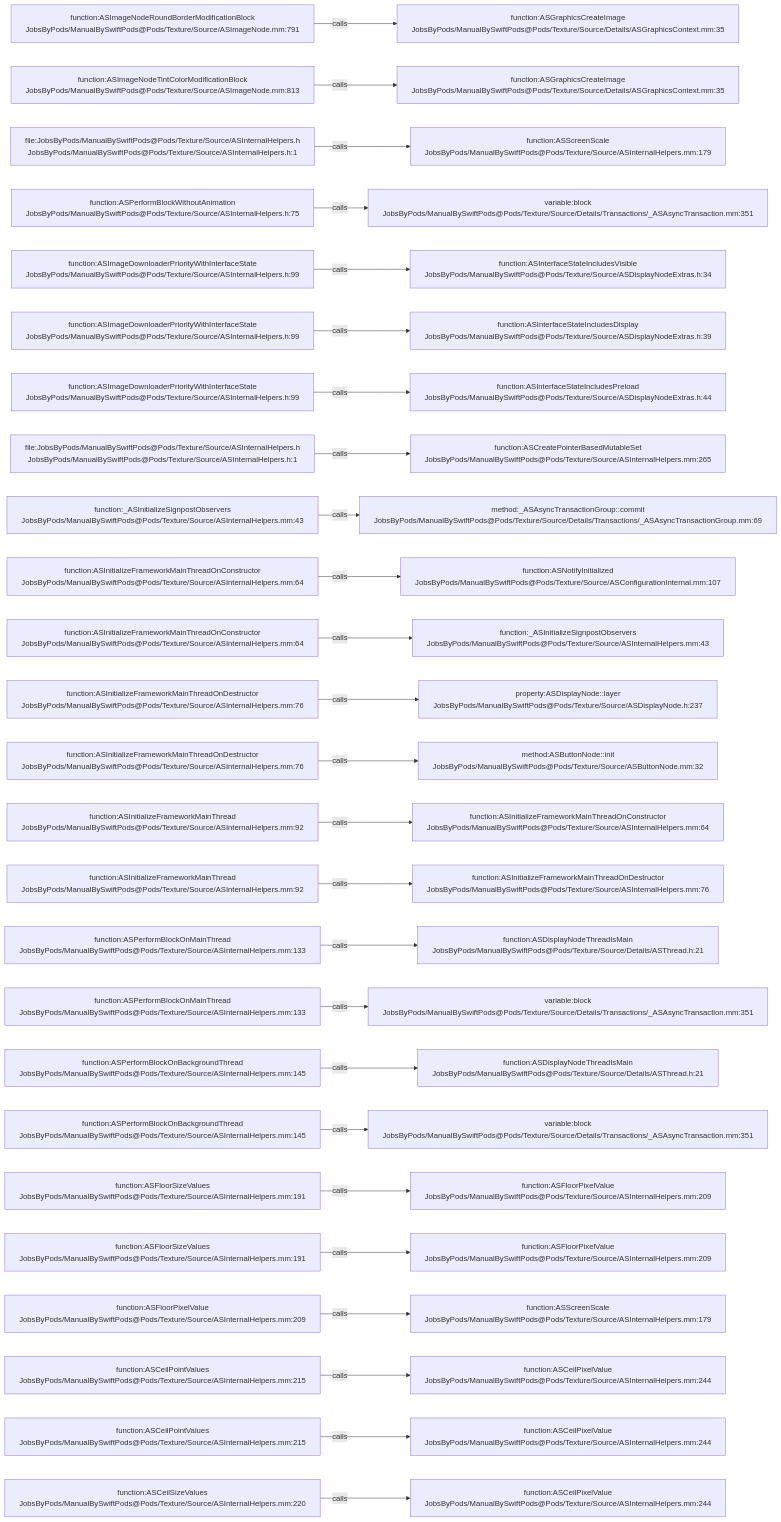
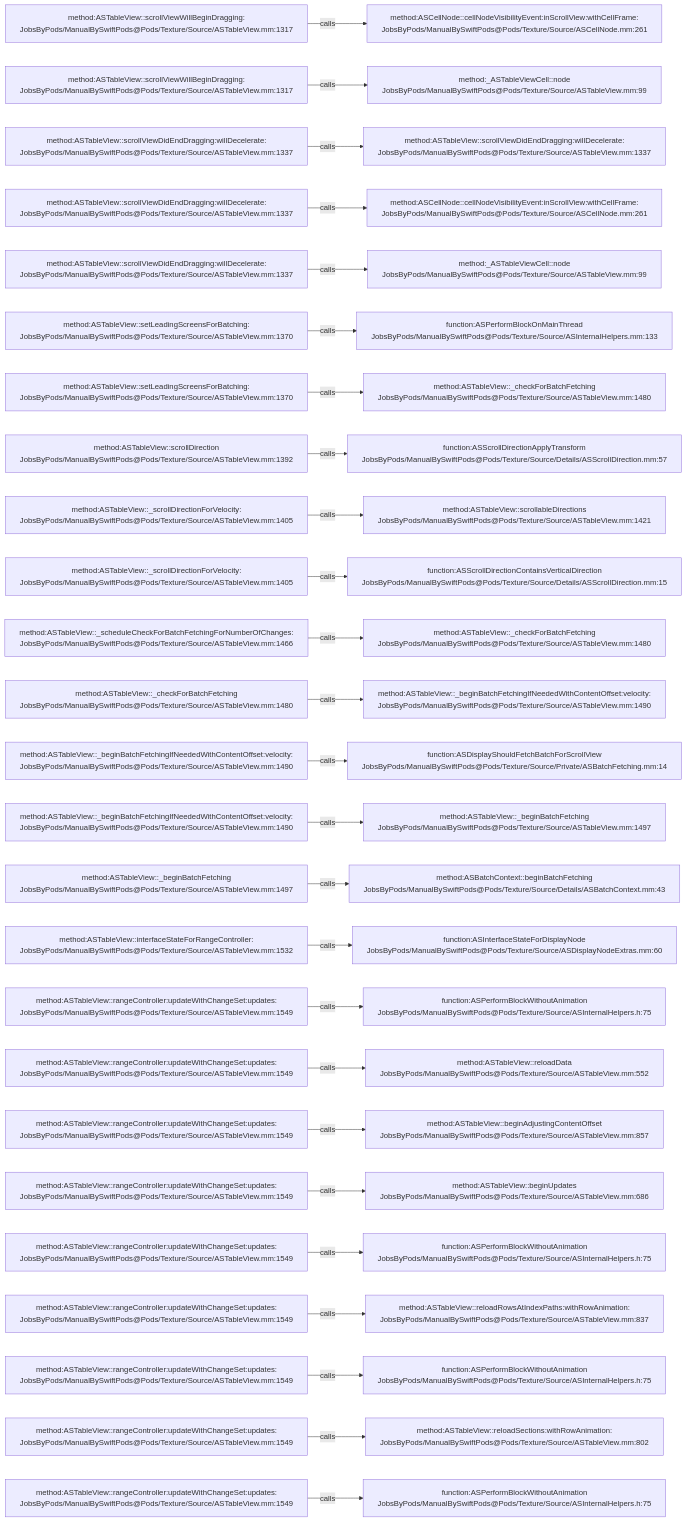
Before and after one commit to JobsKits/JobsSwiftBaseConfigDemo: the diagram in .codegraph/codegraph.md/graphs/calls-062.md, drawn with Mermaid. The commit also changed 832 other files, not shown here.

````diff
--- a/.codegraph/codegraph.md/graphs/calls-062.md
+++ b/.codegraph/codegraph.md/graphs/calls-062.md
@@ -13,78 +13,78 @@
 ```mermaid
 flowchart LR
-  S1["function:ASImageNodeRoundBorderModificationBlock<br/>JobsByPods/ManualBySwiftPods@Pods/Texture/Source/ASImageNode.mm:791"]
-  T1["function:ASGraphicsCreateImage<br/>JobsByPods/ManualBySwiftPods@Pods/Texture/Source/Details/ASGraphicsContext.mm:35"]
+  S1["method:ASTableView::scrollViewWillBeginDragging:<br/>JobsByPods/ManualBySwiftPods@Pods/Texture/Source/ASTableView.mm:1317"]
+  T1["method:ASCellNode::cellNodeVisibilityEvent:inScrollView:withCellFrame:<br/>JobsByPods/ManualBySwiftPods@Pods/Texture/Source/ASCellNode.mm:261"]
   S1 -->|calls| T1
-  S2["function:ASImageNodeTintColorModificationBlock<br/>JobsByPods/ManualBySwiftPods@Pods/Texture/Source/ASImageNode.mm:813"]
-  T2["function:ASGraphicsCreateImage<br/>JobsByPods/ManualBySwiftPods@Pods/Texture/Source/Details/ASGraphicsContext.mm:35"]
+  S2["method:ASTableView::scrollViewWillBeginDragging:<br/>JobsByPods/ManualBySwiftPods@Pods/Texture/Source/ASTableView.mm:1317"]
+  T2["method:_ASTableViewCell::node<br/>JobsByPods/ManualBySwiftPods@Pods/Texture/Source/ASTableView.mm:99"]
   S2 -->|calls| T2
-  S3["file:JobsByPods/ManualBySwiftPods@Pods/Texture/Source/ASInternalHelpers.h<br/>JobsByPods/ManualBySwiftPods@Pods/Texture/Source/ASInternalHelpers.h:1"]
-  T3["function:ASScreenScale<br/>JobsByPods/ManualBySwiftPods@Pods/Texture/Source/ASInternalHelpers.mm:179"]
+  S3["method:ASTableView::scrollViewDidEndDragging:willDecelerate:<br/>JobsByPods/ManualBySwiftPods@Pods/Texture/Source/ASTableView.mm:1337"]
+  T3["method:ASTableView::scrollViewDidEndDragging:willDecelerate:<br/>JobsByPods/ManualBySwiftPods@Pods/Texture/Source/ASTableView.mm:1337"]
   S3 -->|calls| T3
-  S4["function:ASPerformBlockWithoutAnimation<br/>JobsByPods/ManualBySwiftPods@Pods/Texture/Source/ASInternalHelpers.h:75"]
-  T4["variable:block<br/>JobsByPods/ManualBySwiftPods@Pods/Texture/Source/Details/Transactions/_ASAsyncTransaction.mm:351"]
+  S4["method:ASTableView::scrollViewDidEndDragging:willDecelerate:<br/>JobsByPods/ManualBySwiftPods@Pods/Texture/Source/ASTableView.mm:1337"]
+  T4["method:ASCellNode::cellNodeVisibilityEvent:inScrollView:withCellFrame:<br/>JobsByPods/ManualBySwiftPods@Pods/Texture/Source/ASCellNode.mm:261"]
   S4 -->|calls| T4
-  S5["function:ASImageDownloaderPriorityWithInterfaceState<br/>JobsByPods/ManualBySwiftPods@Pods/Texture/Source/ASInternalHelpers.h:99"]
-  T5["function:ASInterfaceStateIncludesVisible<br/>JobsByPods/ManualBySwiftPods@Pods/Texture/Source/ASDisplayNodeExtras.h:34"]
+  S5["method:ASTableView::scrollViewDidEndDragging:willDecelerate:<br/>JobsByPods/ManualBySwiftPods@Pods/Texture/Source/ASTableView.mm:1337"]
+  T5["method:_ASTableViewCell::node<br/>JobsByPods/ManualBySwiftPods@Pods/Texture/Source/ASTableView.mm:99"]
   S5 -->|calls| T5
-  S6["function:ASImageDownloaderPriorityWithInterfaceState<br/>JobsByPods/ManualBySwiftPods@Pods/Texture/Source/ASInternalHelpers.h:99"]
-  T6["function:ASInterfaceStateIncludesDisplay<br/>JobsByPods/ManualBySwiftPods@Pods/Texture/Source/ASDisplayNodeExtras.h:39"]
+  S6["method:ASTableView::setLeadingScreensForBatching:<br/>JobsByPods/ManualBySwiftPods@Pods/Texture/Source/ASTableView.mm:1370"]
+  T6["function:ASPerformBlockOnMainThread<br/>JobsByPods/ManualBySwiftPods@Pods/Texture/Source/ASInternalHelpers.mm:133"]
   S6 -->|calls| T6
-  S7["function:ASImageDownloaderPriorityWithInterfaceState<br/>JobsByPods/ManualBySwiftPods@Pods/Texture/Source/ASInternalHelpers.h:99"]
-  T7["function:ASInterfaceStateIncludesPreload<br/>JobsByPods/ManualBySwiftPods@Pods/Texture/Source/ASDisplayNodeExtras.h:44"]
+  S7["method:ASTableView::setLeadingScreensForBatching:<br/>JobsByPods/ManualBySwiftPods@Pods/Texture/Source/ASTableView.mm:1370"]
+  T7["method:ASTableView::_checkForBatchFetching<br/>JobsByPods/ManualBySwiftPods@Pods/Texture/Source/ASTableView.mm:1480"]
   S7 -->|calls| T7
-  S8["file:JobsByPods/ManualBySwiftPods@Pods/Texture/Source/ASInternalHelpers.h<br/>JobsByPods/ManualBySwiftPods@Pods/Texture/Source/ASInternalHelpers.h:1"]
-  T8["function:ASCreatePointerBasedMutableSet<br/>JobsByPods/ManualBySwiftPods@Pods/Texture/Source/ASInternalHelpers.mm:265"]
+  S8["method:ASTableView::scrollDirection<br/>JobsByPods/ManualBySwiftPods@Pods/Texture/Source/ASTableView.mm:1392"]
+  T8["function:ASScrollDirectionApplyTransform<br/>JobsByPods/ManualBySwiftPods@Pods/Texture/Source/Details/ASScrollDirection.mm:57"]
   S8 -->|calls| T8
-  S9["function:_ASInitializeSignpostObservers<br/>JobsByPods/ManualBySwiftPods@Pods/Texture/Source/ASInternalHelpers.mm:43"]
-  T9["method:_ASAsyncTransactionGroup::commit<br/>JobsByPods/ManualBySwiftPods@Pods/Texture/Source/Details/Transactions/_ASAsyncTransactionGroup.mm:69"]
+  S9["method:ASTableView::_scrollDirectionForVelocity:<br/>JobsByPods/ManualBySwiftPods@Pods/Texture/Source/ASTableView.mm:1405"]
+  T9["method:ASTableView::scrollableDirections<br/>JobsByPods/ManualBySwiftPods@Pods/Texture/Source/ASTableView.mm:1421"]
   S9 -->|calls| T9
-  S10["function:ASInitializeFrameworkMainThreadOnConstructor<br/>JobsByPods/ManualBySwiftPods@Pods/Texture/Source/ASInternalHelpers.mm:64"]
-  T10["function:ASNotifyInitialized<br/>JobsByPods/ManualBySwiftPods@Pods/Texture/Source/ASConfigurationInternal.mm:107"]
+  S10["method:ASTableView::_scrollDirectionForVelocity:<br/>JobsByPods/ManualBySwiftPods@Pods/Texture/Source/ASTableView.mm:1405"]
+  T10["function:ASScrollDirectionContainsVerticalDirection<br/>JobsByPods/ManualBySwiftPods@Pods/Texture/Source/Details/ASScrollDirection.mm:15"]
   S10 -->|calls| T10
-  S11["function:ASInitializeFrameworkMainThreadOnConstructor<br/>JobsByPods/ManualBySwiftPods@Pods/Texture/Source/ASInternalHelpers.mm:64"]
-  T11["function:_ASInitializeSignpostObservers<br/>JobsByPods/ManualBySwiftPods@Pods/Texture/Source/ASInternalHelpers.mm:43"]
+  S11["method:ASTableView::_scheduleCheckForBatchFetchingForNumberOfChanges:<br/>JobsByPods/ManualBySwiftPods@Pods/Texture/Source/ASTableView.mm:1466"]
+  T11["method:ASTableView::_checkForBatchFetching<br/>JobsByPods/ManualBySwiftPods@Pods/Texture/Source/ASTableView.mm:1480"]
   S11 -->|calls| T11
-  S12["function:ASInitializeFrameworkMainThreadOnDestructor<br/>JobsByPods/ManualBySwiftPods@Pods/Texture/Source/ASInternalHelpers.mm:76"]
-  T12["property:ASDisplayNode::layer<br/>JobsByPods/ManualBySwiftPods@Pods/Texture/Source/ASDisplayNode.h:237"]
+  S12["method:ASTableView::_checkForBatchFetching<br/>JobsByPods/ManualBySwiftPods@Pods/Texture/Source/ASTableView.mm:1480"]
+  T12["method:ASTableView::_beginBatchFetchingIfNeededWithContentOffset:velocity:<br/>JobsByPods/ManualBySwiftPods@Pods/Texture/Source/ASTableView.mm:1490"]
   S12 -->|calls| T12
-  S13["function:ASInitializeFrameworkMainThreadOnDestructor<br/>JobsByPods/ManualBySwiftPods@Pods/Texture/Source/ASInternalHelpers.mm:76"]
-  T13["method:ASButtonNode::init<br/>JobsByPods/ManualBySwiftPods@Pods/Texture/Source/ASButtonNode.mm:32"]
+  S13["method:ASTableView::_beginBatchFetchingIfNeededWithContentOffset:velocity:<br/>JobsByPods/ManualBySwiftPods@Pods/Texture/Source/ASTableView.mm:1490"]
+  T13["function:ASDisplayShouldFetchBatchForScrollView<br/>JobsByPods/ManualBySwiftPods@Pods/Texture/Source/Private/ASBatchFetching.mm:14"]
   S13 -->|calls| T13
-  S14["function:ASInitializeFrameworkMainThread<br/>JobsByPods/ManualBySwiftPods@Pods/Texture/Source/ASInternalHelpers.mm:92"]
-  T14["function:ASInitializeFrameworkMainThreadOnConstructor<br/>JobsByPods/ManualBySwiftPods@Pods/Texture/Source/ASInternalHelpers.mm:64"]
+  S14["method:ASTableView::_beginBatchFetchingIfNeededWithContentOffset:velocity:<br/>JobsByPods/ManualBySwiftPods@Pods/Texture/Source/ASTableView.mm:1490"]
+  T14["method:ASTableView::_beginBatchFetching<br/>JobsByPods/ManualBySwiftPods@Pods/Texture/Source/ASTableView.mm:1497"]
   S14 -->|calls| T14
-  S15["function:ASInitializeFrameworkMainThread<br/>JobsByPods/ManualBySwiftPods@Pods/Texture/Source/ASInternalHelpers.mm:92"]
-  T15["function:ASInitializeFrameworkMainThreadOnDestructor<br/>JobsByPods/ManualBySwiftPods@Pods/Texture/Source/ASInternalHelpers.mm:76"]
+  S15["method:ASTableView::_beginBatchFetching<br/>JobsByPods/ManualBySwiftPods@Pods/Texture/Source/ASTableView.mm:1497"]
+  T15["method:ASBatchContext::beginBatchFetching<br/>JobsByPods/ManualBySwiftPods@Pods/Texture/Source/Details/ASBatchContext.mm:43"]
   S15 -->|calls| T15
-  S16["function:ASPerformBlockOnMainThread<br/>JobsByPods/ManualBySwiftPods@Pods/Texture/Source/ASInternalHelpers.mm:133"]
-  T16["function:ASDisplayNodeThreadIsMain<br/>JobsByPods/ManualBySwiftPods@Pods/Texture/Source/Details/ASThread.h:21"]
+  S16["method:ASTableView::interfaceStateForRangeController:<br/>JobsByPods/ManualBySwiftPods@Pods/Texture/Source/ASTableView.mm:1532"]
+  T16["function:ASInterfaceStateForDisplayNode<br/>JobsByPods/ManualBySwiftPods@Pods/Texture/Source/ASDisplayNodeExtras.mm:60"]
   S16 -->|calls| T16
-  S17["function:ASPerformBlockOnMainThread<br/>JobsByPods/ManualBySwiftPods@Pods/Texture/Source/ASInternalHelpers.mm:133"]
-  T17["variable:block<br/>JobsByPods/ManualBySwiftPods@Pods/Texture/Source/Details/Transactions/_ASAsyncTransaction.mm:351"]
+  S17["method:ASTableView::rangeController:updateWithChangeSet:updates:<br/>JobsByPods/ManualBySwiftPods@Pods/Texture/Source/ASTableView.mm:1549"]
+  T17["function:ASPerformBlockWithoutAnimation<br/>JobsByPods/ManualBySwiftPods@Pods/Texture/Source/ASInternalHelpers.h:75"]
   S17 -->|calls| T17
-  S18["function:ASPerformBlockOnBackgroundThread<br/>JobsByPods/ManualBySwiftPods@Pods/Texture/Source/ASInternalHelpers.mm:145"]
-  T18["function:ASDisplayNodeThreadIsMain<br/>JobsByPods/ManualBySwiftPods@Pods/Texture/Source/Details/ASThread.h:21"]
+  S18["method:ASTableView::rangeController:updateWithChangeSet:updates:<br/>JobsByPods/ManualBySwiftPods@Pods/Texture/Source/ASTableView.mm:1549"]
+  T18["method:ASTableView::reloadData<br/>JobsByPods/ManualBySwiftPods@Pods/Texture/Source/ASTableView.mm:552"]
   S18 -->|calls| T18
-  S19["function:ASPerformBlockOnBackgroundThread<br/>JobsByPods/ManualBySwiftPods@Pods/Texture/Source/ASInternalHelpers.mm:145"]
-  T19["variable:block<br/>JobsByPods/ManualBySwiftPods@Pods/Texture/Source/Details/Transactions/_ASAsyncTransaction.mm:351"]
+  S19["method:ASTableView::rangeController:updateWithChangeSet:updates:<br/>JobsByPods/ManualBySwiftPods@Pods/Texture/Source/ASTableView.mm:1549"]
+  T19["method:ASTableView::beginAdjustingContentOffset<br/>JobsByPods/ManualBySwiftPods@Pods/Texture/Source/ASTableView.mm:857"]
   S19 -->|calls| T19
-  S20["function:ASFloorSizeValues<br/>JobsByPods/ManualBySwiftPods@Pods/Texture/Source/ASInternalHelpers.mm:191"]
-  T20["function:ASFloorPixelValue<br/>JobsByPods/ManualBySwiftPods@Pods/Texture/Source/ASInternalHelpers.mm:209"]
+  S20["method:ASTableView::rangeController:updateWithChangeSet:updates:<br/>JobsByPods/ManualBySwiftPods@Pods/Texture/Source/ASTableView.mm:1549"]
+  T20["method:ASTableView::beginUpdates<br/>JobsByPods/ManualBySwiftPods@Pods/Texture/Source/ASTableView.mm:686"]
   S20 -->|calls| T20
-  S21["function:ASFloorSizeValues<br/>JobsByPods/ManualBySwiftPods@Pods/Texture/Source/ASInternalHelpers.mm:191"]
-  T21["function:ASFloorPixelValue<br/>JobsByPods/ManualBySwiftPods@Pods/Texture/Source/ASInternalHelpers.mm:209"]
+  S21["method:ASTableView::rangeController:updateWithChangeSet:updates:<br/>JobsByPods/ManualBySwiftPods@Pods/Texture/Source/ASTableView.mm:1549"]
+  T21["function:ASPerformBlockWithoutAnimation<br/>JobsByPods/ManualBySwiftPods@Pods/Texture/Source/ASInternalHelpers.h:75"]
   S21 -->|calls| T21
-  S22["function:ASFloorPixelValue<br/>JobsByPods/ManualBySwiftPods@Pods/Texture/Source/ASInternalHelpers.mm:209"]
-  T22["function:ASScreenScale<br/>JobsByPods/ManualBySwiftPods@Pods/Texture/Source/ASInternalHelpers.mm:179"]
+  S22["method:ASTableView::rangeController:updateWithChangeSet:updates:<br/>JobsByPods/ManualBySwiftPods@Pods/Texture/Source/ASTableView.mm:1549"]
+  T22["method:ASTableView::reloadRowsAtIndexPaths:withRowAnimation:<br/>JobsByPods/ManualBySwiftPods@Pods/Texture/Source/ASTableView.mm:837"]
   S22 -->|calls| T22
-  S23["function:ASCeilPointValues<br/>JobsByPods/ManualBySwiftPods@Pods/Texture/Source/ASInternalHelpers.mm:215"]
-  T23["function:ASCeilPixelValue<br/>JobsByPods/ManualBySwiftPods@Pods/Texture/Source/ASInternalHelpers.mm:244"]
+  S23["method:ASTableView::rangeController:updateWithChangeSet:updates:<br/>JobsByPods/ManualBySwiftPods@Pods/Texture/Source/ASTableView.mm:1549"]
+  T23["function:ASPerformBlockWithoutAnimation<br/>JobsByPods/ManualBySwiftPods@Pods/Texture/Source/ASInternalHelpers.h:75"]
   S23 -->|calls| T23
-  S24["function:ASCeilPointValues<br/>JobsByPods/ManualBySwiftPods@Pods/Texture/Source/ASInternalHelpers.mm:215"]
-  T24["function:ASCeilPixelValue<br/>JobsByPods/ManualBySwiftPods@Pods/Texture/Source/ASInternalHelpers.mm:244"]
+  S24["method:ASTableView::rangeController:updateWithChangeSet:updates:<br/>JobsByPods/ManualBySwiftPods@Pods/Texture/Source/ASTableView.mm:1549"]
+  T24["method:ASTableView::reloadSections:withRowAnimation:<br/>JobsByPods/ManualBySwiftPods@Pods/Texture/Source/ASTableView.mm:802"]
   S24 -->|calls| T24
-  S25["function:ASCeilSizeValues<br/>JobsByPods/ManualBySwiftPods@Pods/Texture/Source/ASInternalHelpers.mm:220"]
-  T25["function:ASCeilPixelValue<br/>JobsByPods/ManualBySwiftPods@Pods/Texture/Source/ASInternalHelpers.mm:244"]
+  S25["method:ASTableView::rangeController:updateWithChangeSet:updates:<br/>JobsByPods/ManualBySwiftPods@Pods/Texture/Source/ASTableView.mm:1549"]
+  T25["function:ASPerformBlockWithoutAnimation<br/>JobsByPods/ManualBySwiftPods@Pods/Texture/Source/ASInternalHelpers.h:75"]
   S25 -->|calls| T25
 ```
````
